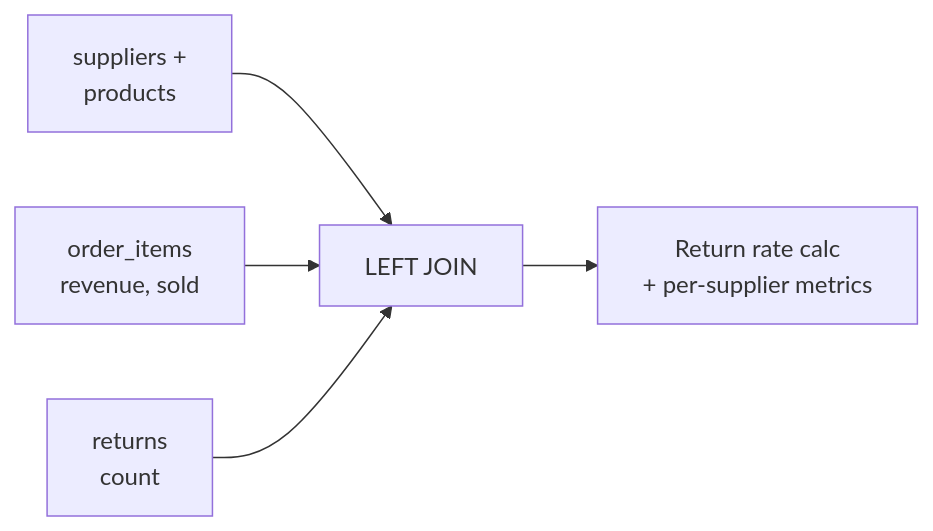
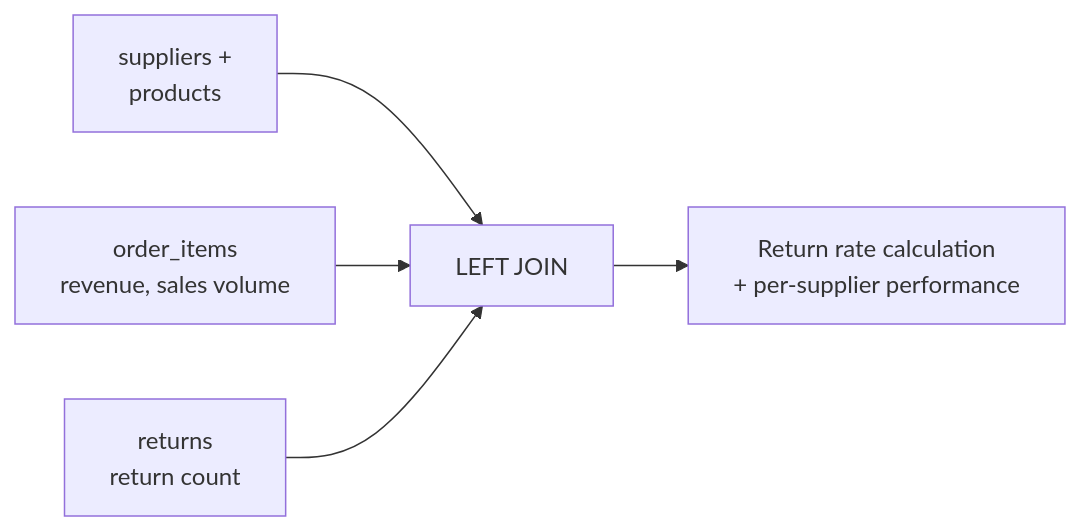
Before and after one commit to civilian7/sql-tutorial: diagram 16 of 18 in docs/en/schema/views.md, drawn with Mermaid. The commit also changed other lines of this file and 121 other files, not shown here.

````diff
--- a/docs/en/schema/views.md
+++ b/docs/en/schema/views.md
@@ -1583,11 +1597,11 @@
 ```mermaid
 flowchart LR
     A["suppliers +
     products"] --> D["LEFT JOIN"]
     B["order_items
-    revenue, sold"] --> D
+    revenue, sales volume"] --> D
     C["returns
-    count"] --> D
-    D --> E["Return rate calc
-    + per-supplier metrics"]
+    return count"] --> D
+    D --> E["Return rate calculation
+    + per-supplier performance"]
 ```
````
